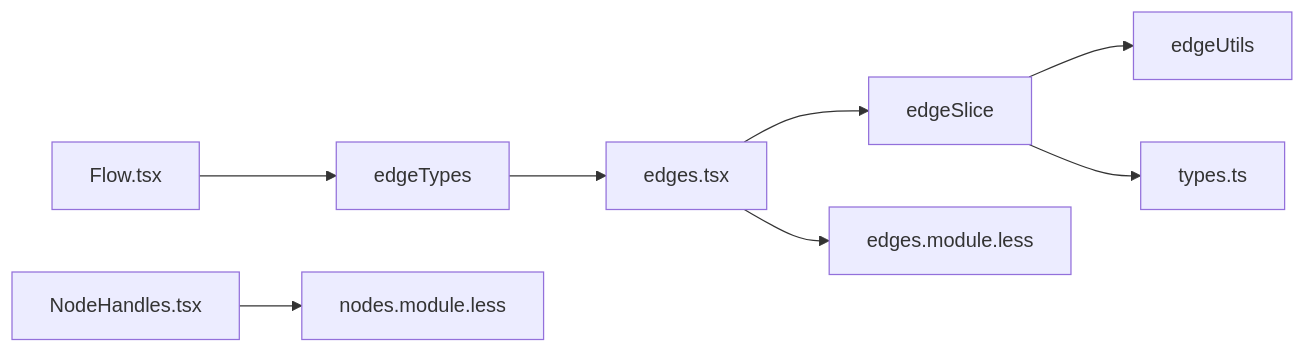
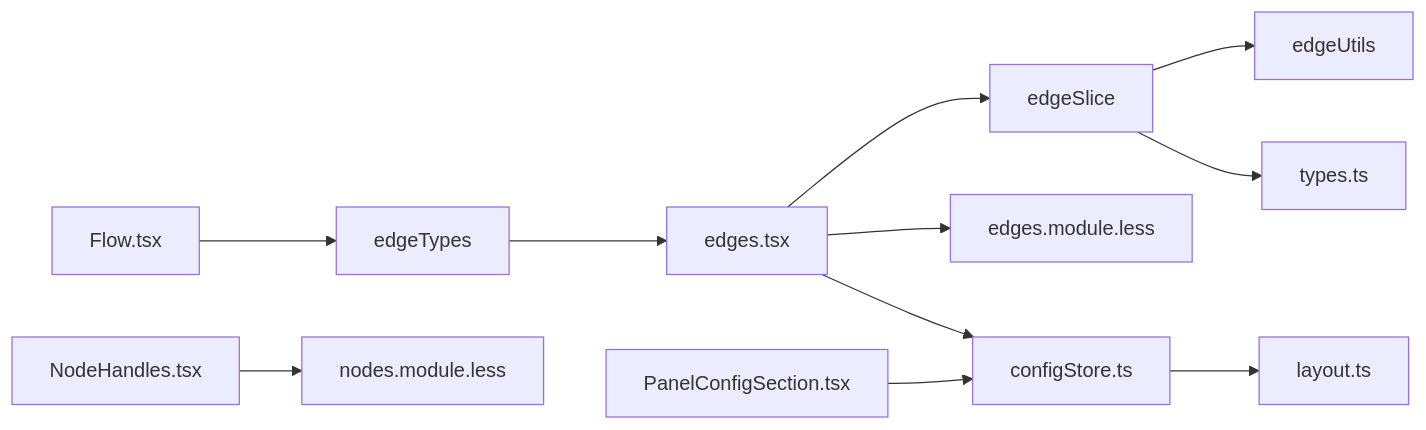
The sixth of 6 diagrams in .qoder/repowiki/zh/content/工作流编辑器/连接系统.md (kqcoxn/MaaPipelineEditor), drawn with Mermaid before and after one commit. The commit also changed other lines of this file and 3 other files, not shown here.

````diff
--- a/.qoder/repowiki/zh/content/工作流编辑器/连接系统.md
+++ b/.qoder/repowiki/zh/content/工作流编辑器/连接系统.md
@@ -321,10 +383,13 @@
 ```mermaid
 graph LR
 Flow["Flow.tsx"] --> EdgeTypes["edgeTypes"]
 EdgeTypes --> MarkedEdge["edges.tsx"]
 MarkedEdge --> edgeSlice
 MarkedEdge --> edgesModule["edges.module.less"]
+MarkedEdge --> configStore["configStore.ts"]
 NodeHandles["NodeHandles.tsx"] --> nodesModule["nodes.module.less"]
 edgeSlice --> edgeUtils
 edgeSlice --> types["types.ts"]
+PanelConfigSection["PanelConfigSection.tsx"] --> configStore
+configStore --> layout["layout.ts"]
 ```
````
